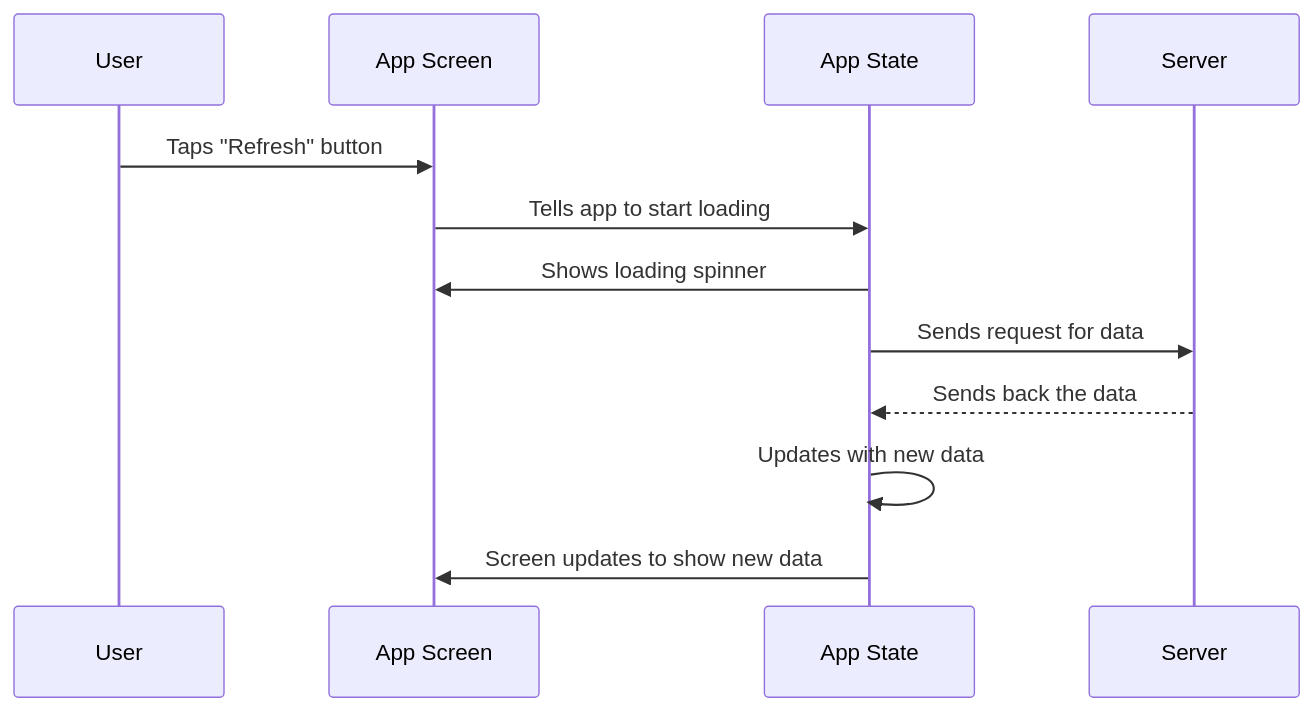
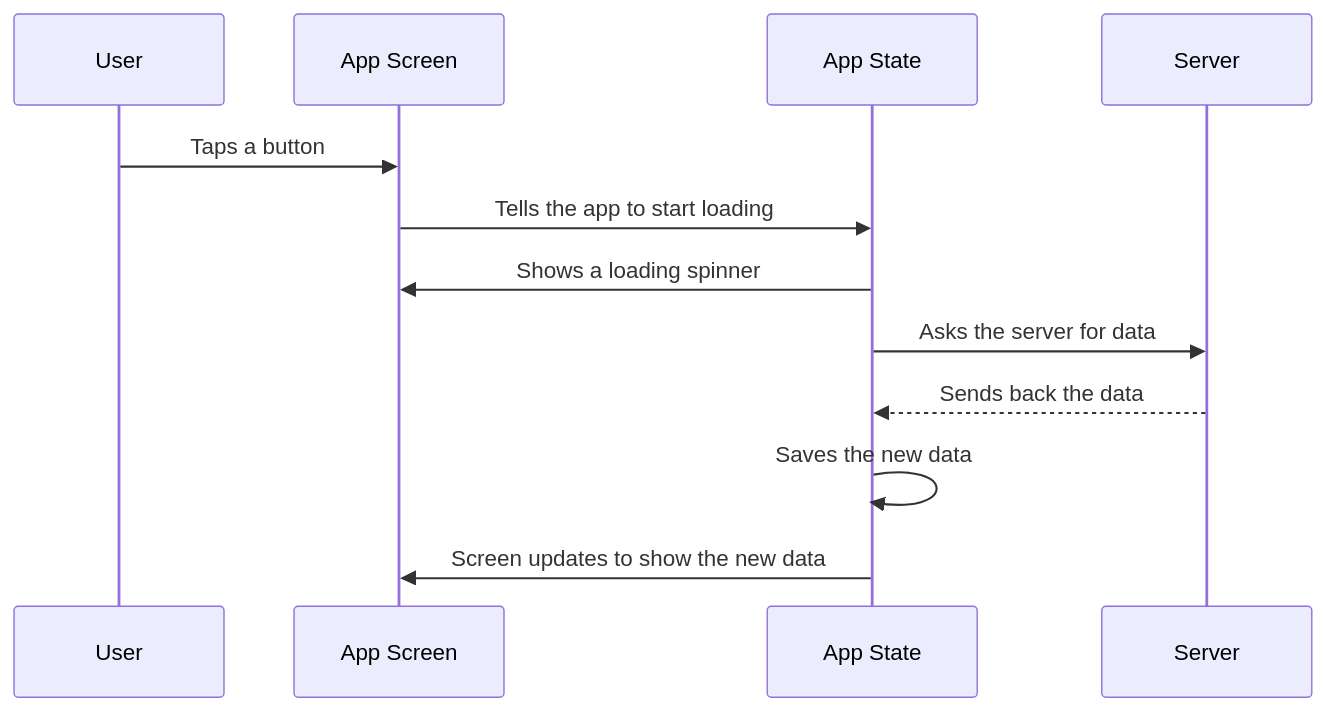
The diagram in 11-google-adk/README.md (shravyapoojary6002/JourneyBuddy-curriculum), drawn with Mermaid before and after one commit. The commit also changed other lines of this file and 2 other files, not shown here.

````diff
--- a/11-google-adk/README.md
+++ b/11-google-adk/README.md
@@ -8,15 +8,15 @@
 ```mermaid
 sequenceDiagram
     participant U as User
     participant UI as App Screen
     participant S as App State
     participant API as Server
 
-    U->>UI: Taps "Refresh" button
-    UI->>S: Tells app to start loading
-    S->>UI: Shows loading spinner
-    S->>API: Sends request for data
+    U->>UI: Taps a button
+    UI->>S: Tells the app to start loading
+    S->>UI: Shows a loading spinner
+    S->>API: Asks the server for data
     API-->>S: Sends back the data
-    S->>S: Updates with new data
-    S->>UI: Screen updates to show new data
+    S->>S: Saves the new data
+    S->>UI: Screen updates to show the new data
 ```
````
